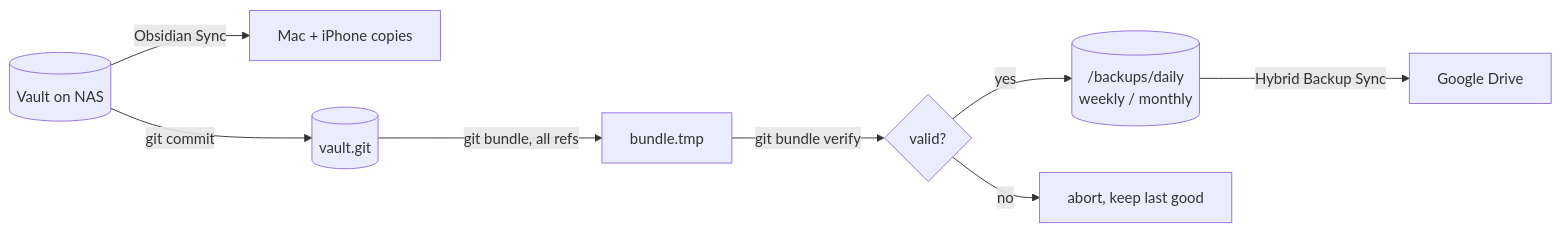
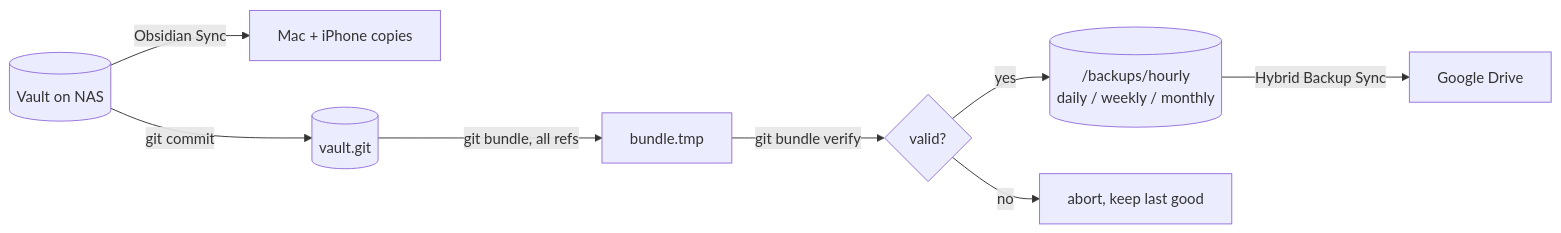
The fourth of 6 diagrams in obsidian-vault/INITIAL_PLAN.md (ky1ejs/homelab), drawn with Mermaid before and after one commit. The commit also changed other lines of this file and 4 other files, not shown here.

````diff
--- a/obsidian-vault/INITIAL_PLAN.md
+++ b/obsidian-vault/INITIAL_PLAN.md
@@ -161,10 +161,10 @@
 ```mermaid
 flowchart LR
     v[("Vault on NAS")] -->|Obsidian Sync| d["Mac + iPhone copies"]
     v -->|git commit| g[("vault.git")]
     g -->|"git bundle, all refs"| tmp["bundle.tmp"]
     tmp -->|"git bundle verify"| ok{"valid?"}
-    ok -->|yes| pub[("/backups/daily<br/>weekly / monthly")]
+    ok -->|yes| pub[("/backups/hourly<br/>daily / weekly / monthly")]
     ok -->|no| fail["abort, keep last good"]
     pub -->|Hybrid Backup Sync| gd["Google Drive"]
 ```
````
